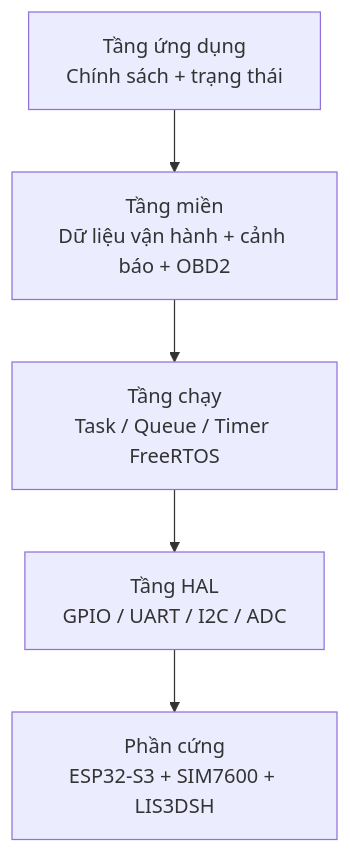
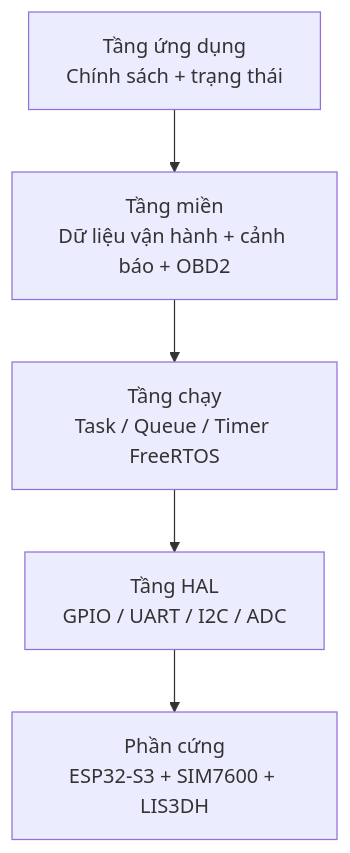
Before and after one commit to anmh1205/IoT_Vehicle_Tracking_System: the diagram in resources/reports/thesis/final/assets/uml/04-chuong-3-giai-phap-firmware-hinh-3-5.mmd, drawn with Mermaid. The commit also changed 219 other files, not shown here.

```diff
--- a/resources/reports/thesis/final/assets/uml/04-chuong-3-giai-phap-firmware-hinh-3-5.mmd
+++ b/resources/reports/thesis/final/assets/uml/04-chuong-3-giai-phap-firmware-hinh-3-5.mmd
@@ -1,13 +1,13 @@
 flowchart TB
     A["Tầng ứng dụng
 Chính sách + trạng thái"]
     B["Tầng miền
 Dữ liệu vận hành + cảnh báo + OBD2"]
     C["Tầng chạy
 Task / Queue / Timer FreeRTOS"]
     D["Tầng HAL
 GPIO / UART / I2C / ADC"]
     E["Phần cứng
-ESP32-S3 + SIM7600 + LIS3DSH"]
+ESP32-S3 + SIM7600 + LIS3DH"]
 
     A --> B --> C --> D --> E
```
